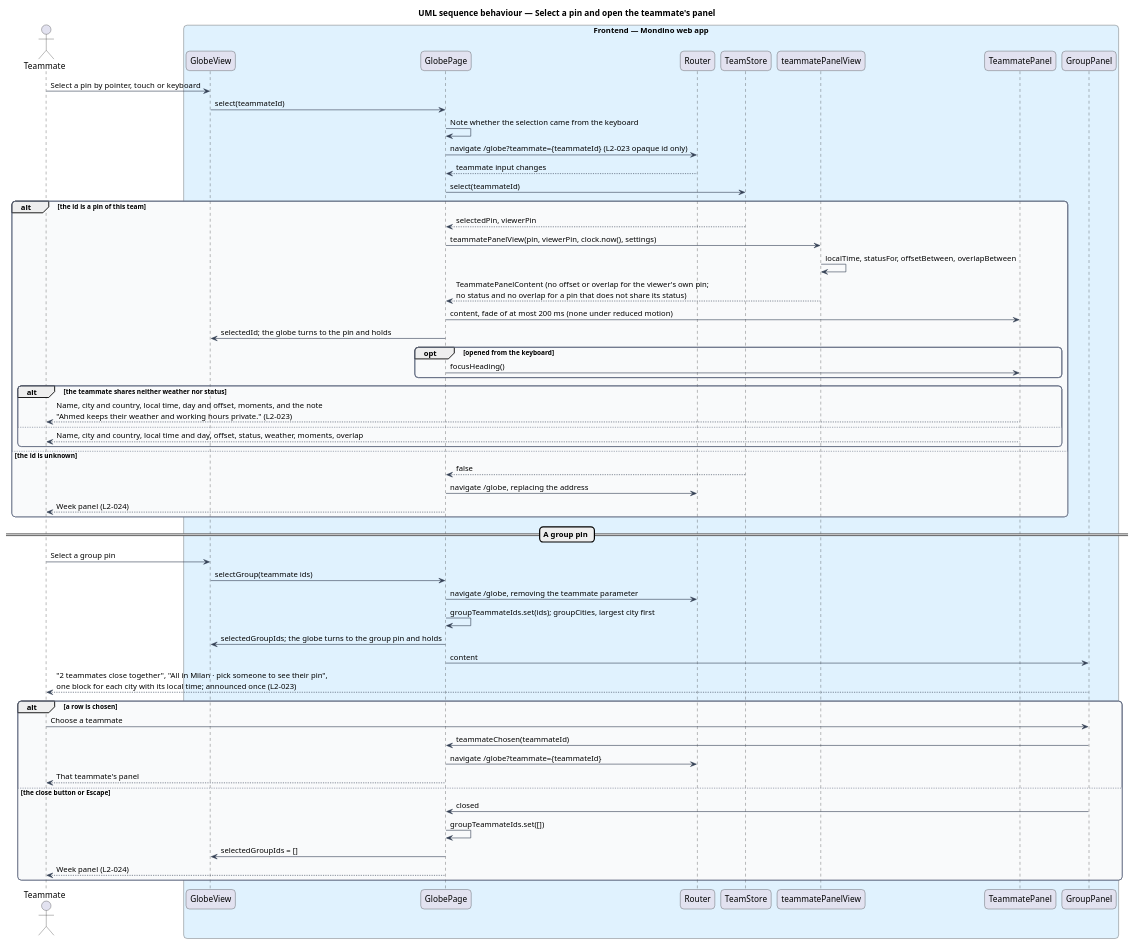
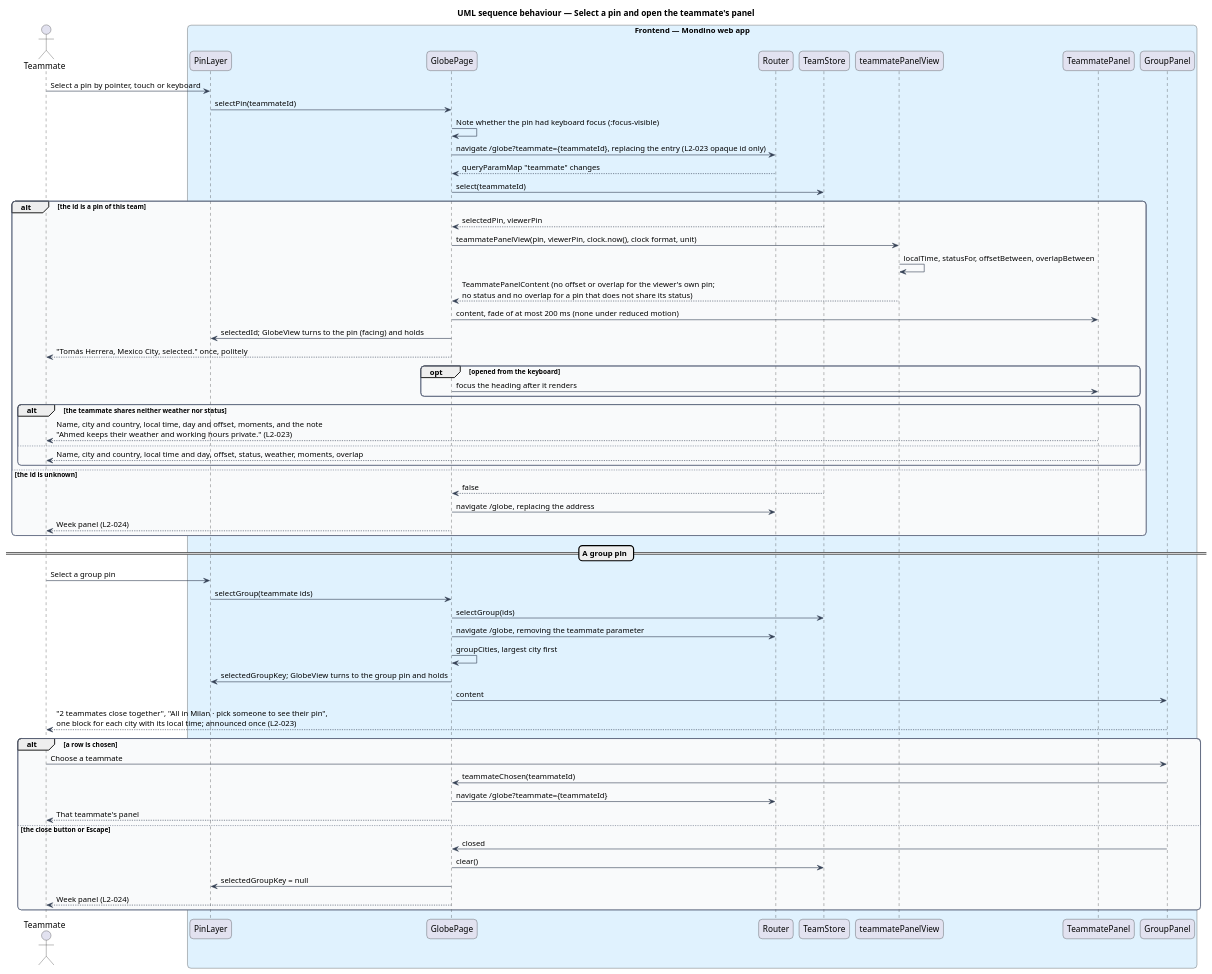
One commit to QuinntyneBrown/Mondino changed the diagram in docs/detailed-designs/team/view-teammate-panel/diagrams/sequence-select-pin.puml. Above: the diagram before and after it, drawn with PlantUML. The commit also changed 10 other files, not shown here.

First line of the commit message:
Align the teammate panel's design with the mocks and the Globe as built

```diff
--- a/docs/detailed-designs/team/view-teammate-panel/diagrams/sequence-select-pin.puml
+++ b/docs/detailed-designs/team/view-teammate-panel/diagrams/sequence-select-pin.puml
@@ -1,72 +1,74 @@
 @startuml
 title UML sequence behaviour — Select a pin and open the teammate's panel
 skinparam backgroundColor #FFFFFF
 skinparam shadowing false
 skinparam roundcorner 12
 skinparam defaultFontName Arial
 skinparam ArrowColor #344054
 skinparam rectangle {
   BorderColor #344054
   FontColor #101828
 }
 skinparam package {
   BorderColor #667085
   FontColor #101828
   BackgroundColor #F9FAFB
 }
 actor "Teammate" as actor
 box "Frontend — Mondino web app" #E0F2FE
-  participant "GlobeView" as globe
+  participant "PinLayer" as globe
   participant "GlobePage" as page
   participant "Router" as router
   participant "TeamStore" as store
   participant "teammatePanelView" as view
   participant "TeammatePanel" as panel
   participant "GroupPanel" as group
 end box
 actor -> globe : Select a pin by pointer, touch or keyboard
-globe -> page : select(teammateId)
-page -> page : Note whether the selection came from the keyboard
-page -> router : navigate /globe?teammate={teammateId} (L2-023 opaque id only)
-router --> page : teammate input changes
+globe -> page : selectPin(teammateId)
+page -> page : Note whether the pin had keyboard focus (:focus-visible)
+page -> router : navigate /globe?teammate={teammateId}, replacing the entry (L2-023 opaque id only)
+router --> page : queryParamMap "teammate" changes
 page -> store : select(teammateId)
 alt the id is a pin of this team
   store --> page : selectedPin, viewerPin
-  page -> view : teammatePanelView(pin, viewerPin, clock.now(), settings)
+  page -> view : teammatePanelView(pin, viewerPin, clock.now(), clock format, unit)
   view -> view : localTime, statusFor, offsetBetween, overlapBetween
   view --> page : TeammatePanelContent (no offset or overlap for the viewer's own pin;\nno status and no overlap for a pin that does not share its status)
   page -> panel : content, fade of at most 200 ms (none under reduced motion)
-  page -> globe : selectedId; the globe turns to the pin and holds
+  page -> globe : selectedId; GlobeView turns to the pin (facing) and holds
+  page --> actor : "Tomás Herrera, Mexico City, selected." once, politely
   opt opened from the keyboard
-    page -> panel : focusHeading()
+    page -> panel : focus the heading after it renders
   end
   alt the teammate shares neither weather nor status
     panel --> actor : Name, city and country, local time, day and offset, moments, and the note\n"Ahmed keeps their weather and working hours private." (L2-023)
   else
     panel --> actor : Name, city and country, local time and day, offset, status, weather, moments, overlap
   end
 else the id is unknown
   store --> page : false
   page -> router : navigate /globe, replacing the address
   page --> actor : Week panel (L2-024)
 end
 == A group pin ==
 actor -> globe : Select a group pin
 globe -> page : selectGroup(teammate ids)
+page -> store : selectGroup(ids)
 page -> router : navigate /globe, removing the teammate parameter
-page -> page : groupTeammateIds.set(ids); groupCities, largest city first
-page -> globe : selectedGroupIds; the globe turns to the group pin and holds
+page -> page : groupCities, largest city first
+page -> globe : selectedGroupKey; GlobeView turns to the group pin and holds
 page -> group : content
 group --> actor : "2 teammates close together", "All in Milan · pick someone to see their pin",\none block for each city with its local time; announced once (L2-023)
 alt a row is chosen
   actor -> group : Choose a teammate
   group -> page : teammateChosen(teammateId)
   page -> router : navigate /globe?teammate={teammateId}
   page --> actor : That teammate's panel
 else the close button or Escape
   group -> page : closed
-  page -> page : groupTeammateIds.set([])
-  page -> globe : selectedGroupIds = []
+  page -> store : clear()
+  page -> globe : selectedGroupKey = null
   page --> actor : Week panel (L2-024)
 end
 @enduml
```
